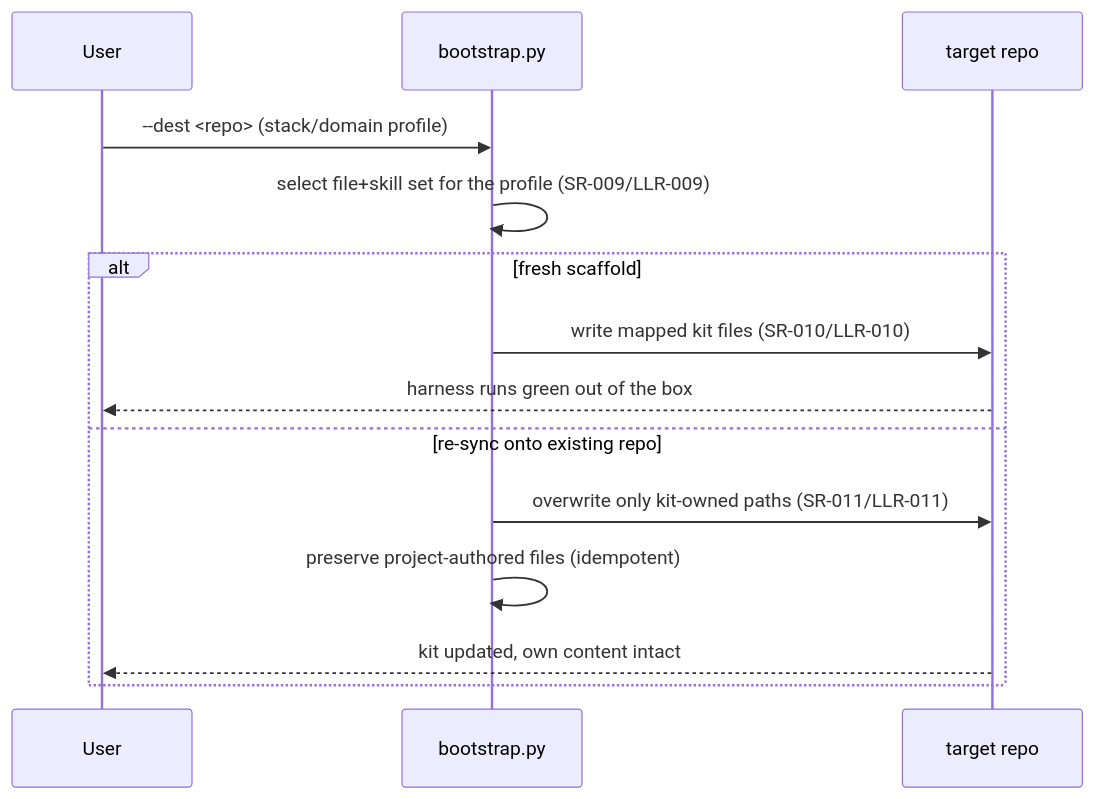
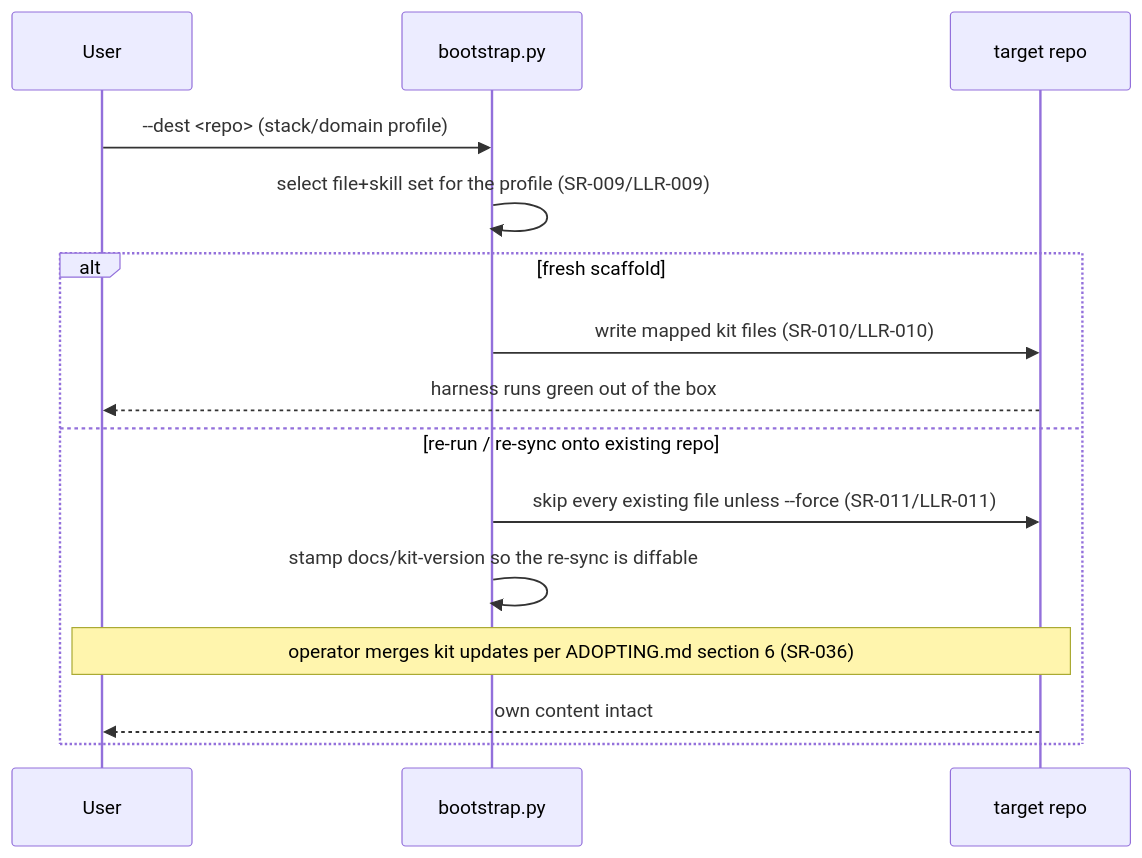
The second of 3 diagrams in docs/architecture.md (diytechy/ai-template), drawn with Mermaid before and after one commit. The commit also changed other lines of this file and 8 other files, not shown here.

````diff
--- a/docs/architecture.md
+++ b/docs/architecture.md
@@ -68,16 +68,17 @@
 ```mermaid
 sequenceDiagram
     participant User
     participant Boot as bootstrap.py
     participant Dest as target repo
     User->>Boot: --dest <repo> (stack/domain profile)
     Boot->>Boot: select file+skill set for the profile (SR-009/LLR-009)
     alt fresh scaffold
         Boot->>Dest: write mapped kit files (SR-010/LLR-010)
         Dest-->>User: harness runs green out of the box
-    else re-sync onto existing repo
-        Boot->>Dest: overwrite only kit-owned paths (SR-011/LLR-011)
-        Boot->>Boot: preserve project-authored files (idempotent)
-        Dest-->>User: kit updated, own content intact
+    else re-run / re-sync onto existing repo
+        Boot->>Dest: skip every existing file unless --force (SR-011/LLR-011)
+        Boot->>Boot: stamp docs/kit-version so the re-sync is diffable
+        Note over User,Dest: operator merges kit updates per ADOPTING.md section 6 (SR-036)
+        Dest-->>User: own content intact
     end
 ```
````
